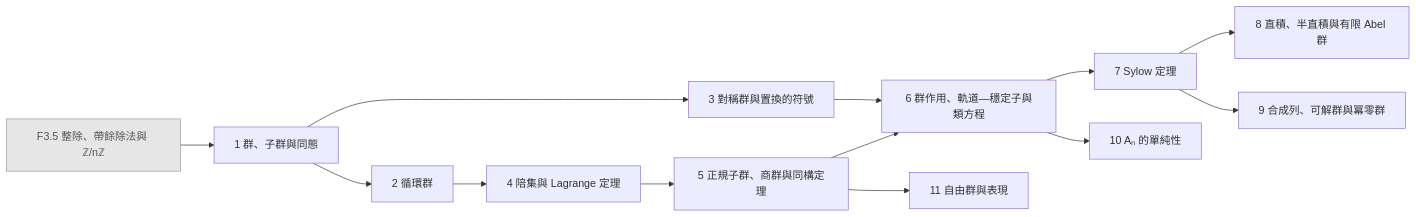
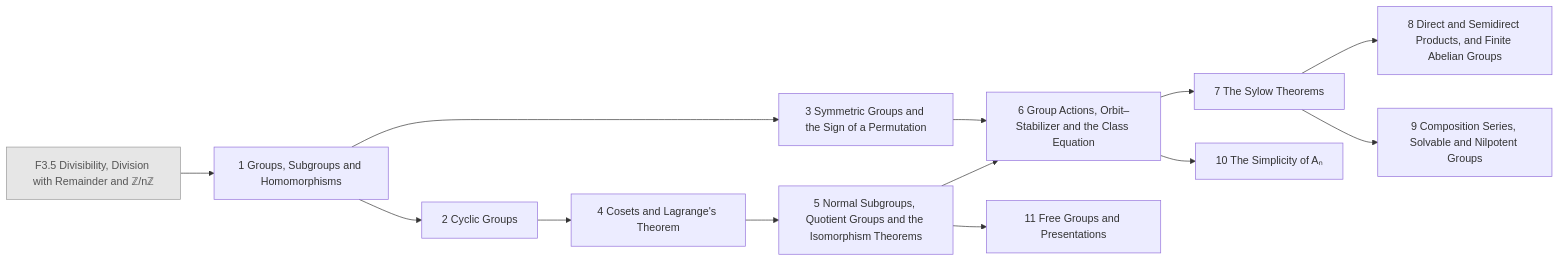
One commit to AkizumiFox/math-atlas changed the seventh of 26 diagrams in generated/README.md. Above: the diagram before and after it, drawn with Mermaid. The commit also changed other lines of this file and 36 other files, not shown here.

````diff
--- a/generated/README.md
+++ b/generated/README.md
@@ -201,30 +200,30 @@
 ```mermaid
 flowchart LR
-  F3_5["F3.5 整除、帶餘除法與 ℤ/nℤ"]:::ext
-  AL1_1["1 群、子群與同態"]
-  AL1_2["2 循環群"]
-  AL1_3["3 對稱群與置換的符號"]
-  AL1_4["4 陪集與 Lagrange 定理"]
-  AL1_5["5 正規子群、商群與同構定理"]
-  AL1_6["6 群作用、軌道—穩定子與類方程"]
-  AL1_7["7 Sylow 定理"]
-  AL1_8["8 直積、半直積與有限 Abel 群"]
-  AL1_9["9 合成列、可解群與冪零群"]
-  AL1_10["10 Aₙ 的單純性"]
-  AL1_11["11 自由群與表現"]
+  F3_5["F3.5 Divisibility, Division with Remainder and ℤ/nℤ"]:::ext
+  AL1_1["1 Groups, Subgroups and Homomorphisms"]
+  AL1_2["2 Cyclic Groups"]
+  AL1_3["3 Symmetric Groups and the Sign of a Permutation"]
+  AL1_4["4 Cosets and Lagrange's Theorem"]
+  AL1_5["5 Normal Subgroups, Quotient Groups and the Isomorphism Theorems"]
+  AL1_6["6 Group Actions, Orbit–Stabilizer and the Class Equation"]
+  AL1_7["7 The Sylow Theorems"]
+  AL1_8["8 Direct and Semidirect Products, and Finite Abelian Groups"]
+  AL1_9["9 Composition Series, Solvable and Nilpotent Groups"]
+  AL1_10["10 The Simplicity of Aₙ"]
+  AL1_11["11 Free Groups and Presentations"]
   F3_5 --> AL1_1
   AL1_1 --> AL1_2
   AL1_1 --> AL1_3
   AL1_2 --> AL1_4
   AL1_4 --> AL1_5
   AL1_3 --> AL1_6
   AL1_5 --> AL1_6
   AL1_6 --> AL1_7
   AL1_7 --> AL1_8
   AL1_7 --> AL1_9
   AL1_6 --> AL1_10
   AL1_5 --> AL1_11
   classDef ext fill:#e6e6e6,stroke:#999,color:#555
   classDef opt fill:#fff,stroke:#999,stroke-dasharray:4 3,color:#555
   classDef segb fill:#f6f6fb,stroke:#99a,color:#333
 ```
````
